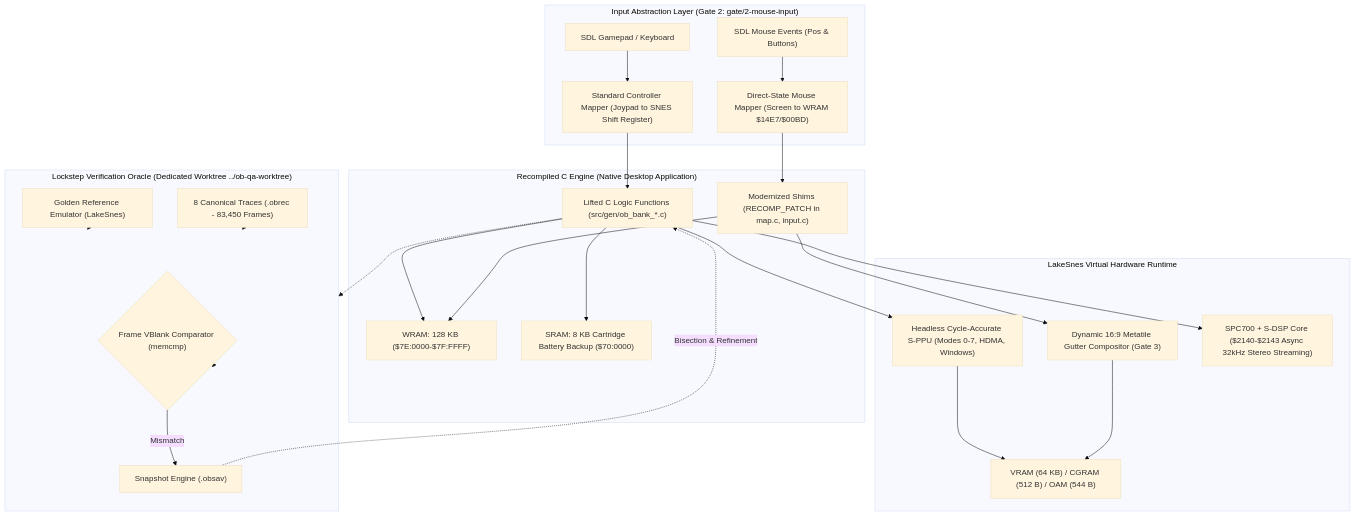
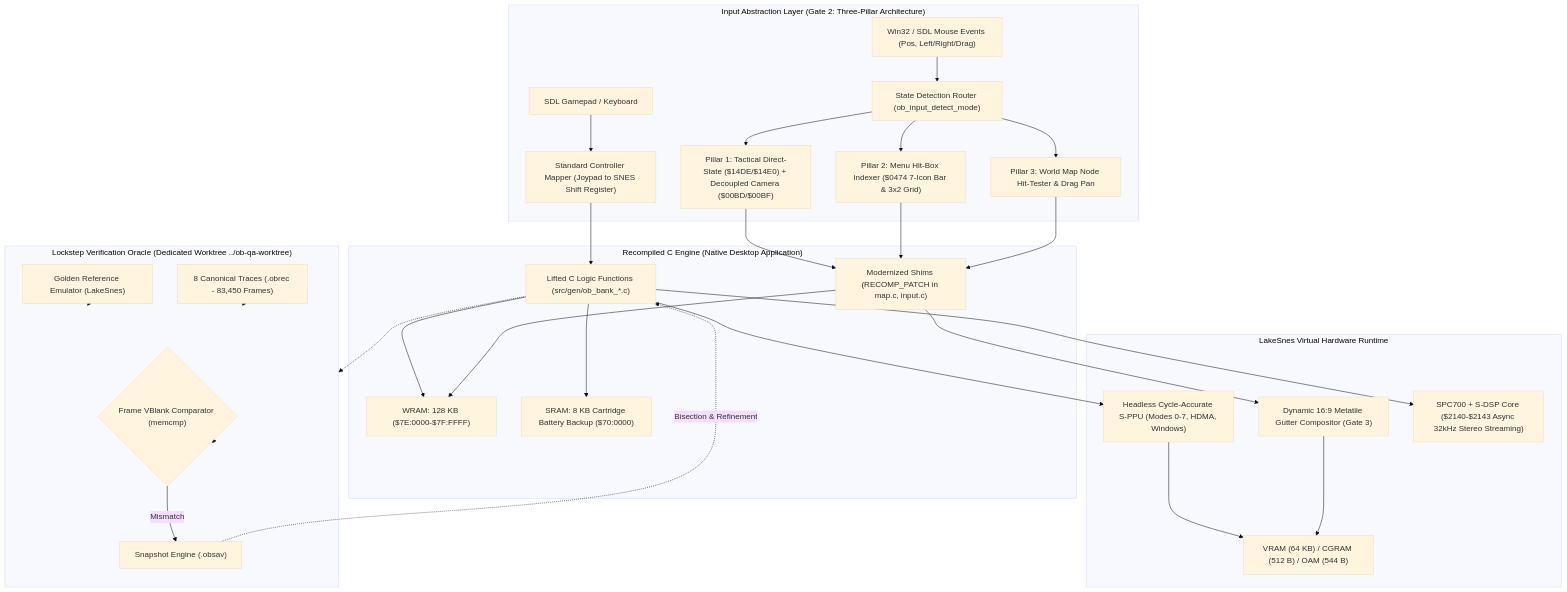
The third of 3 diagrams in docs/plan.md (hoyajavis/ogre-battle-pc), drawn with Mermaid (base theme) before and after one commit. The commit also changed other lines of this file and 5 other files, not shown here.

Commit message:
docs(gate2): deprecate Rev 1-8 synthetic D-Pad steering and specify Three-Pillar Mouse Architecture

````diff
--- a/docs/plan.md
+++ b/docs/plan.md
@@ -92,49 +92,53 @@
 ```mermaid
 graph TB
-    subgraph Input["Input Abstraction Layer (Gate 2: gate/2-mouse-input)"]
-        Mouse["SDL Mouse Events (Pos & Buttons)"]
+    subgraph Input["Input Abstraction Layer (Gate 2: Three-Pillar Architecture)"]
+        Mouse["Win32 / SDL Mouse Events (Pos, Left/Right/Drag)"]
         Pad["SDL Gamepad / Keyboard"]
-        MouseMapper["Direct-State Mouse Mapper (Screen to WRAM $14E7/$00BD)"]
+        Router["State Detection Router (ob_input_detect_mode)"]
+        Pillar1["Pillar 1: Tactical Direct-State ($14DE/$14E0) + Decoupled Camera ($00BD/$00BF)"]
+        Pillar2["Pillar 2: Menu Hit-Box Indexer ($0474 7-Icon Bar & 3x2 Grid)"]
+        Pillar3["Pillar 3: World Map Node Hit-Tester & Drag Pan"]
         PadMapper["Standard Controller Mapper (Joypad to SNES Shift Register)"]
     end
 
     subgraph CoreEngine["Recompiled C Engine (Native Desktop Application)"]
         GameLogic["Lifted C Logic Functions (src/gen/ob_bank_*.c)"]
         PatchedLogic["Modernized Shims (RECOMP_PATCH in map.c, input.c)"]
         WRAM["WRAM: 128 KB ($7E:0000-$7F:FFFF)"]
         SRAM["SRAM: 8 KB Cartridge Battery Backup ($70:0000)"]
     end
 
     subgraph HardwareRuntime["LakeSnes Virtual Hardware Runtime"]
         PPU["Headless Cycle-Accurate S-PPU (Modes 0-7, HDMA, Windows)"]
         VRAM["VRAM (64 KB) / CGRAM (512 B) / OAM (544 B)"]
         ExtendedCompositor["Dynamic 16:9 Metatile Gutter Compositor (Gate 3)"]
         SPC["SPC700 + S-DSP Core ($2140-$2143 Async 32kHz Stereo Streaming)"]
     end
 
     subgraph QA["Lockstep Verification Oracle (Dedicated Worktree ../ob-qa-worktree)"]
         RefCore["Golden Reference Emulator (LakeSnes)"]
         ReplayEngine["8 Canonical Traces (.obrec - 83,450 Frames)"]
         Comparator{"Frame VBlank Comparator (memcmp)"}
         SyncSnap["Snapshot Engine (.obsav)"]
     end
 
-    Mouse --> MouseMapper
+    Mouse --> Router
+    Router --> Pillar1 & Pillar2 & Pillar3
     Pad --> PadMapper
-    MouseMapper --> PatchedLogic
+    Pillar1 & Pillar2 & Pillar3 --> PatchedLogic
     PadMapper --> GameLogic
     GameLogic --> WRAM & SRAM
     PatchedLogic --> WRAM
     GameLogic --> PPU
     PatchedLogic --> ExtendedCompositor
     GameLogic --> SPC
     PPU --> VRAM
     ExtendedCompositor --> VRAM
 
     GameLogic -.-> QA
     RefCore -.-> QA
     ReplayEngine -.-> QA
     QA --> Comparator
     Comparator -->|Mismatch| SyncSnap
     SyncSnap -.->|Bisection & Refinement| GameLogic
 ```
````
